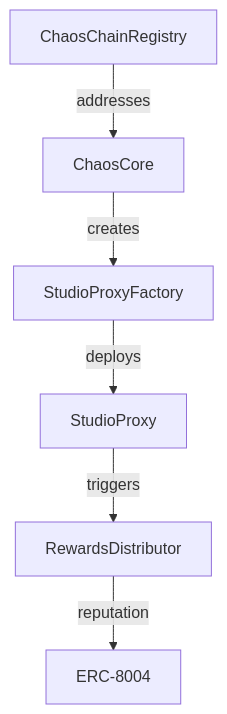
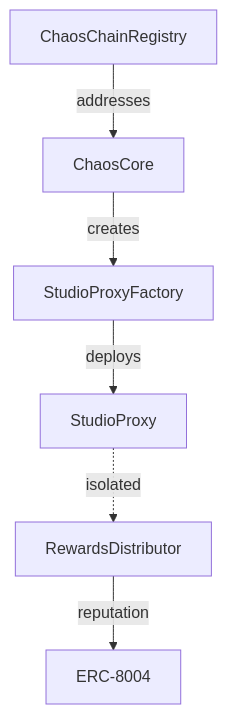
One commit to ChaosChain/chaoschain-docs changed the third of 4 diagrams in overview/architecture.mdx. Above: the diagram before and after it, drawn with Mermaid. The commit also changed other lines of this file and 12 other files, not shown here.

````diff
--- a/overview/architecture.mdx
+++ b/overview/architecture.mdx
@@ -52,15 +108,15 @@
 ```mermaid
 flowchart TD
     REG[ChaosChainRegistry]
     CORE[ChaosCore]
     FAC[StudioProxyFactory]
     STUDIO[StudioProxy]
     RD[RewardsDistributor]
     ERC[ERC-8004]
     
     REG -->|addresses| CORE
     CORE -->|creates| FAC
     FAC -->|deploys| STUDIO
-    STUDIO -->|triggers| RD
+    STUDIO -.->|isolated| RD
     RD -->|reputation| ERC
 ```
````
